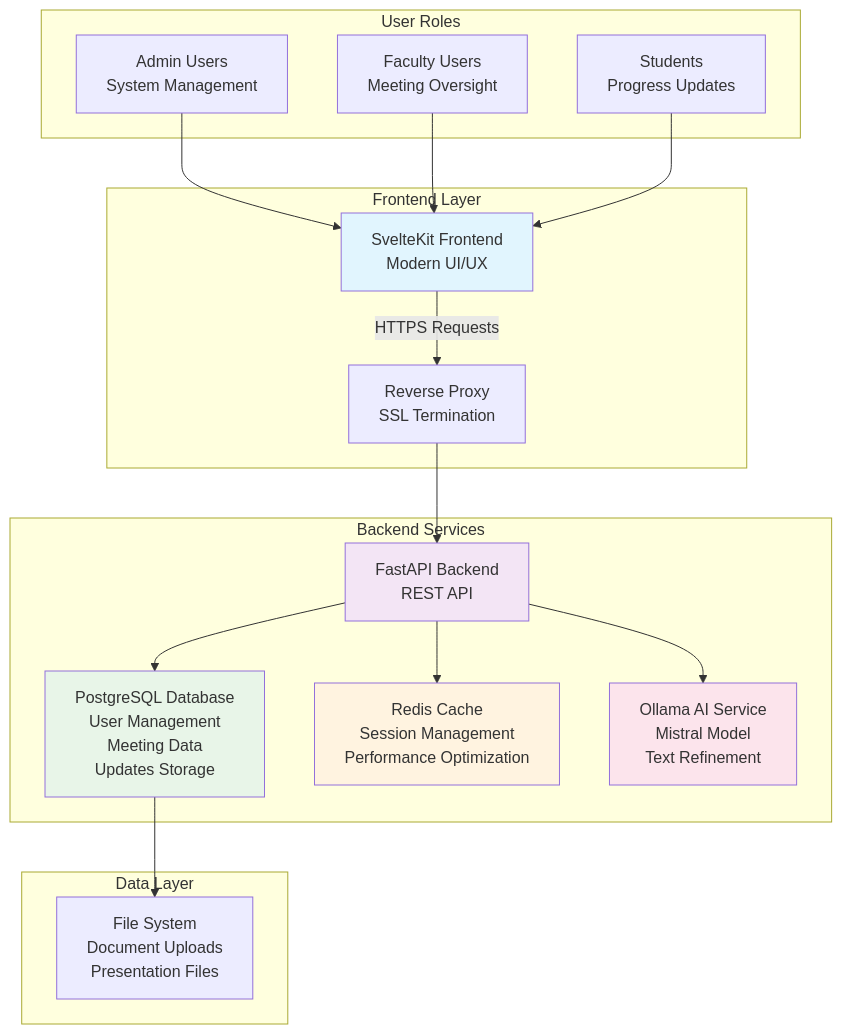
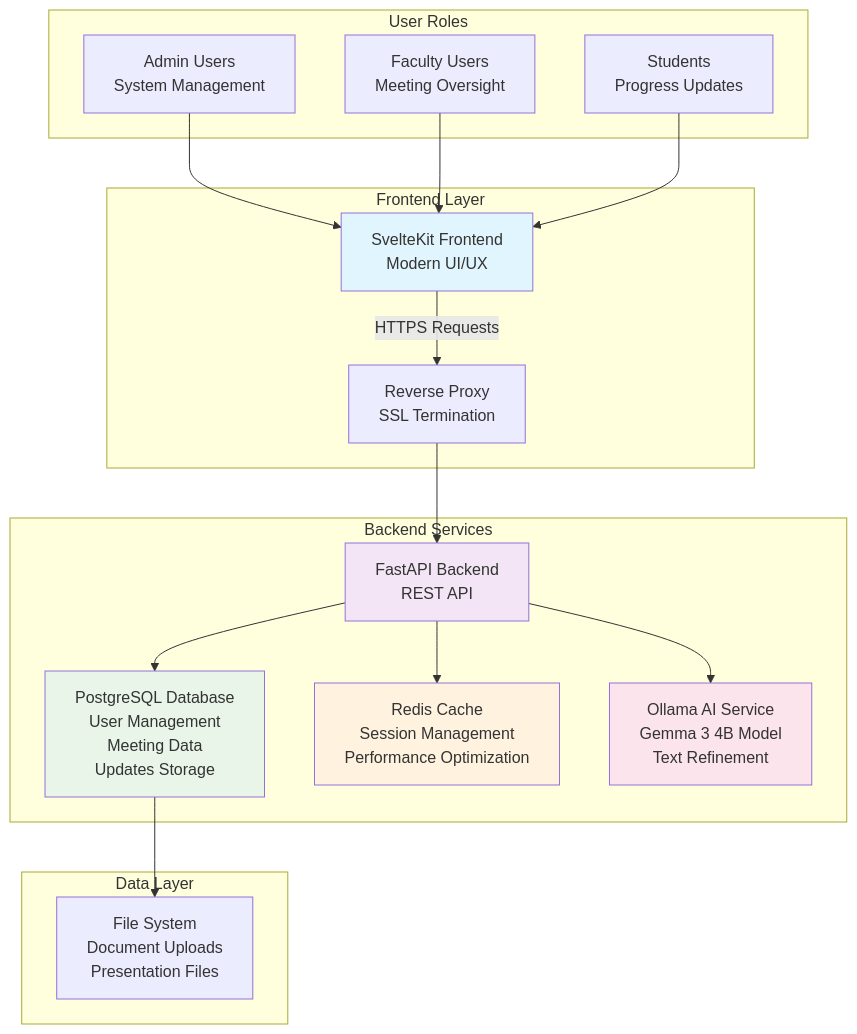
One commit to Ara-Alexandrian/DoR-Dash changed the first of 3 diagrams in README.md. Above: the diagram before and after it, drawn with Mermaid. The commit also changed other lines of this file and 2 other files, not shown here.

````diff
--- a/README.md
+++ b/README.md
@@ -24,29 +51,29 @@
 ```mermaid
 graph TB
     subgraph "Frontend Layer"
         A[SvelteKit Frontend<br/>Modern UI/UX] --> |HTTPS Requests| B[Reverse Proxy<br/>SSL Termination]
     end
     
     subgraph "Backend Services"
         B --> C[FastAPI Backend<br/>REST API]
         C --> D[PostgreSQL Database<br/>User Management<br/>Meeting Data<br/>Updates Storage]
         C --> E[Redis Cache<br/>Session Management<br/>Performance Optimization]
-        C --> F[Ollama AI Service<br/>Mistral Model<br/>Text Refinement]
+        C --> F[Ollama AI Service<br/>Gemma 3 4B Model<br/>Text Refinement]
     end
     
     subgraph "Data Layer"
         D --> G[File System<br/>Document Uploads<br/>Presentation Files]
     end
     
     subgraph "User Roles"
         H[Admin Users<br/>System Management] --> A
         I[Faculty Users<br/>Meeting Oversight] --> A
         J[Students<br/>Progress Updates] --> A
     end
     
     style A fill:#e1f5fe
     style C fill:#f3e5f5
     style D fill:#e8f5e8
     style E fill:#fff3e0
     style F fill:#fce4ec
 ```
````
